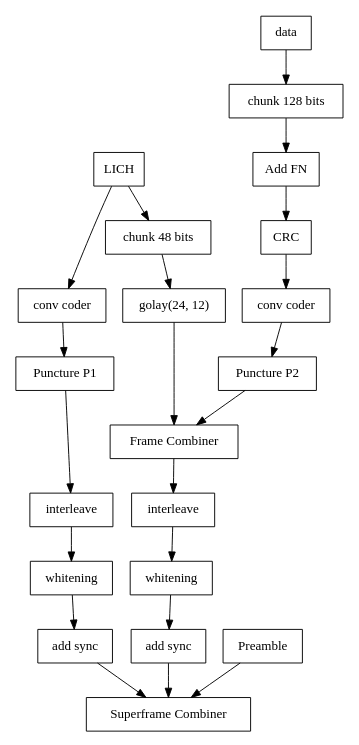
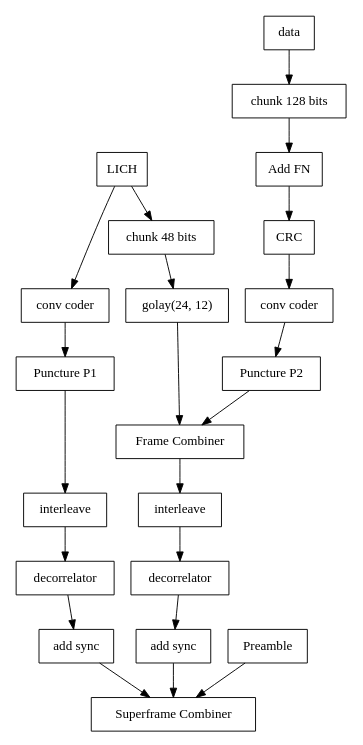
One commit to M17-Project/M17_spec changed the diagram in docs/data_link_layer.rst. Above: the diagram before and after it, drawn with Graphviz. The commit also changed 5 other files, not shown here.

```diff
--- a/docs/data_link_layer.rst
+++ b/docs/data_link_layer.rst
@@ -158,35 +158,35 @@
 .. graphviz::
    :caption: An overview of the forward dataflow
 
    digraph D{
      size="4,6";
      node [shape=record];
      {rank=same c0 c1 golay_24_12}
      {rank=same p0 p1}
      {rank=same i0 i1}
 
      c0[label="conv coder"]
      p0[label="Puncture P1"]
      i0[label="interleave"]
-     w0[label="whitening"]
+     w0[label="decorrelator"]
      s0[label="add sync"]
      chunker_48[label="chunk 48 bits"]
      golay_24_12[label="golay(24, 12)"]
 
      c1[label="conv coder"]
      p1[label="Puncture P2"]
      i1[label="interleave"]
-     w1[label="whitening"]
+     w1[label="decorrelator"]
      s1[label="add sync"]
      fn[label="Add FN"]
      chunker_128[label="chunk 128 bits"]
 
      framecomb[label="Frame Combiner"]
      supercomb[label="Superframe Combiner"]
 
      LICH -> c0 -> p0 -> i0 -> w0 -> s0 -> supercomb
      LICH -> chunker_48 -> golay_24_12 -> framecomb
      data -> chunker_128 -> fn -> CRC -> c1 -> p1 -> framecomb
      framecomb -> i1 -> w1 -> s1 -> supercomb
      Preamble -> supercomb
    }
```
